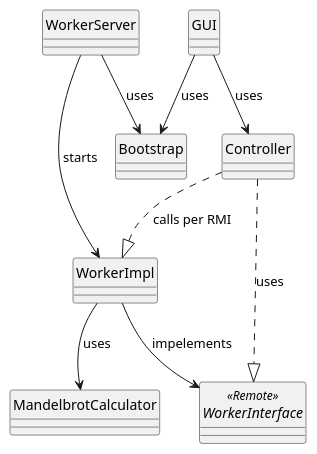
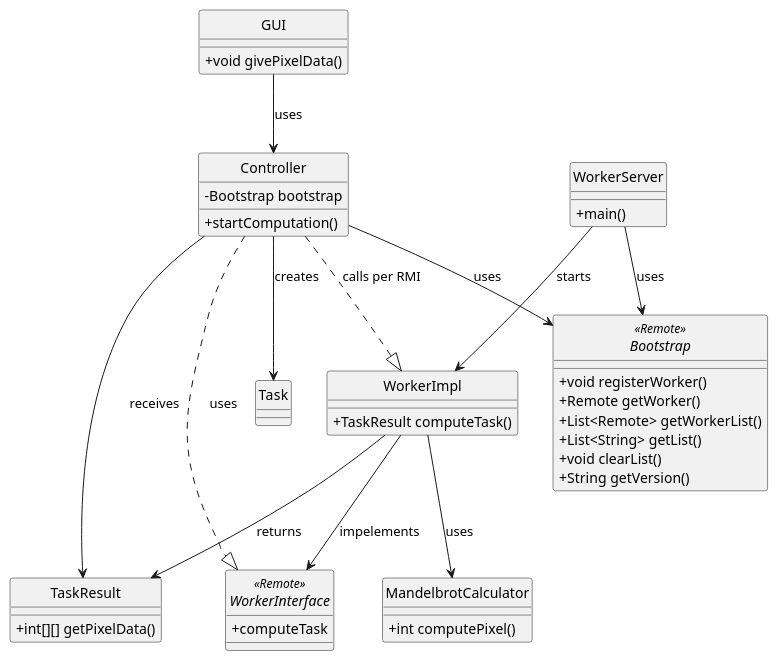
The diagram in UML_Klassendiagramm.puml (HTWDD-RN/vs-Beleg-ATEG), drawn with PlantUML before and after one commit.

Commit message:
UML_klassendiagramm updated

```diff
--- a/UML_Klassendiagramm.puml
+++ b/UML_Klassendiagramm.puml
@@ -1,28 +1,54 @@
 @startuml
 skinparam style strictuml
 skinparam classAttributeIconSize 0
 
 ' Interfaces
-
-interface WorkerInterface <<Remote>>
+interface WorkerInterface <<Remote>>{
+    +computeTask
+    }
+interface Bootstrap <<Remote>> {
+    +void registerWorker()
+    +Remote getWorker()
+    +List<Remote> getWorkerList()
+    +List<String> getList()
+    +void clearList()
+    +String getVersion()
+}
 
 ' Klassen
-class Bootstrap
-class GUI
-class Controller
-class MandelbrotCalculator
-class WorkerImpl
-class WorkerServer
+class GUI {
+    +void givePixelData()
+}
+class Controller{    
+    -Bootstrap bootstrap
+    +startComputation()
+    }
+class MandelbrotCalculator{
+    +int computePixel()
+}
+class WorkerImpl{
+    +TaskResult computeTask()
+}
+class WorkerServer{
+    +main()
+}
+class Task 
+
+class TaskResult {
+    +int[][] getPixelData()
+}
 
 ' Beziehungen
 
 GUI --> Controller : uses
-GUI --> Bootstrap : uses
+Controller --> Bootstrap : uses
 Controller ..|> WorkerInterface : uses
 Controller ..|> WorkerImpl : calls per RMI
+Controller --> Task : creates
+Controller --> TaskResult : receives
 WorkerImpl --> WorkerInterface : impelements
 WorkerImpl --> MandelbrotCalculator : uses
 WorkerServer -->Bootstrap : uses
 WorkerServer --> WorkerImpl : starts
-
+WorkerImpl --> TaskResult : returns
 @enduml
```
